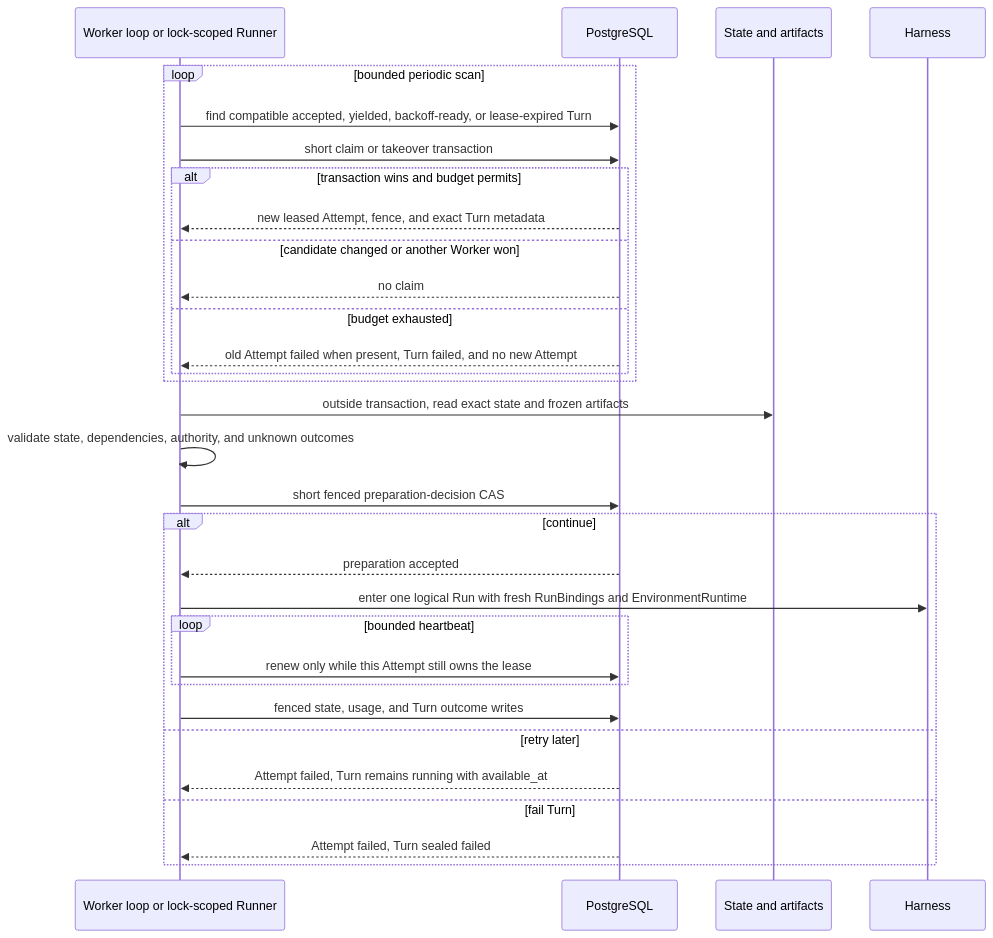
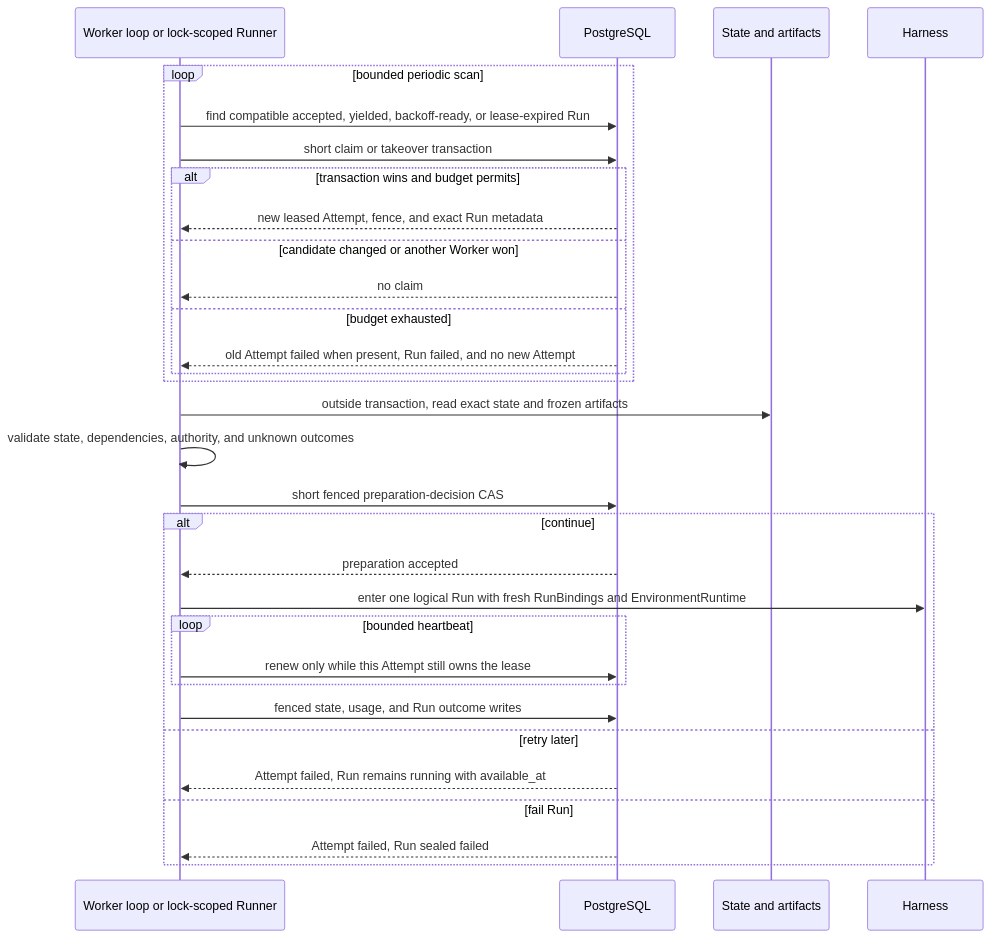
One commit to LTThreeComma/agent-foundation changed the diagram in spec/foundation-service/16-scheduling-workers-and-recovery.md. Above: the diagram before and after it, drawn with Mermaid. The commit also changed other lines of this file and 50 other files, not shown here.

````diff
--- a/spec/foundation-service/16-scheduling-workers-and-recovery.md
+++ b/spec/foundation-service/16-scheduling-workers-and-recovery.md
@@ -34,34 +34,34 @@
 ```mermaid
 sequenceDiagram
     participant Executor as Worker loop or lock-scoped Runner
     participant DB as PostgreSQL
     participant Objects as State and artifacts
     participant Harness
 
     loop bounded periodic scan
-        Executor->>DB: find compatible accepted, yielded, backoff-ready, or lease-expired Turn
+        Executor->>DB: find compatible accepted, yielded, backoff-ready, or lease-expired Run
         Executor->>DB: short claim or takeover transaction
         alt transaction wins and budget permits
-            DB-->>Executor: new leased Attempt, fence, and exact Turn metadata
+            DB-->>Executor: new leased Attempt, fence, and exact Run metadata
         else candidate changed or another Worker won
             DB-->>Executor: no claim
         else budget exhausted
-            DB-->>Executor: old Attempt failed when present, Turn failed, and no new Attempt
+            DB-->>Executor: old Attempt failed when present, Run failed, and no new Attempt
         end
     end
     Executor->>Objects: outside transaction, read exact state and frozen artifacts
     Executor->>Executor: validate state, dependencies, authority, and unknown outcomes
     Executor->>DB: short fenced preparation-decision CAS
     alt continue
         DB-->>Executor: preparation accepted
         Executor->>Harness: enter one logical Run with fresh RunBindings and EnvironmentRuntime
         loop bounded heartbeat
             Executor->>DB: renew only while this Attempt still owns the lease
         end
-        Executor->>DB: fenced state, usage, and Turn outcome writes
+        Executor->>DB: fenced state, usage, and Run outcome writes
     else retry later
-        DB-->>Executor: Attempt failed, Turn remains running with available_at
-    else fail Turn
-        DB-->>Executor: Attempt failed, Turn sealed failed
+        DB-->>Executor: Attempt failed, Run remains running with available_at
+    else fail Run
+        DB-->>Executor: Attempt failed, Run sealed failed
     end
 ```
````
